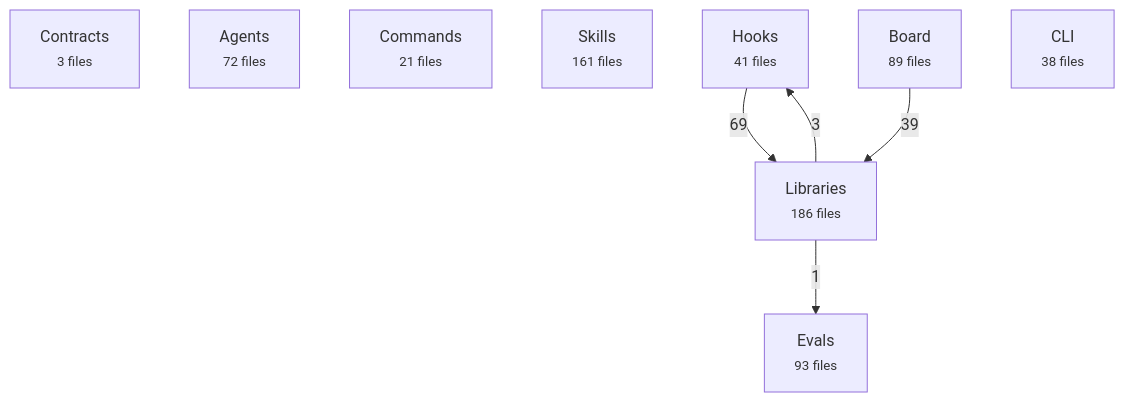
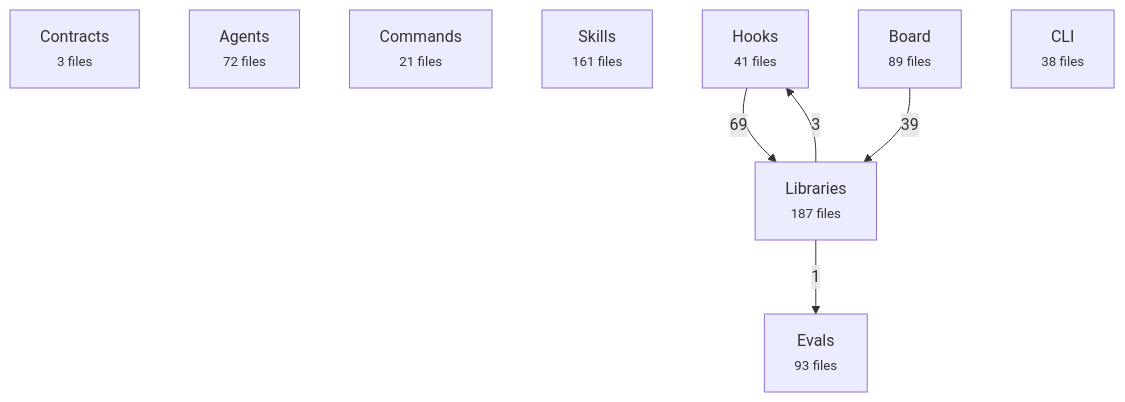
The first of 2 diagrams in docs/reference/architecture-map.md (avelikiy/great_cto), drawn with Mermaid before and after one commit. The commit also changed other lines of this file and 16 other files, not shown here.

````diff
--- a/docs/reference/architecture-map.md
+++ b/docs/reference/architecture-map.md
@@ -20,16 +20,16 @@
 ```mermaid
 flowchart TD
   contracts["Contracts<br/><small>3 files</small>"]
   agents["Agents<br/><small>72 files</small>"]
   commands["Commands<br/><small>21 files</small>"]
   skills["Skills<br/><small>161 files</small>"]
   hooks["Hooks<br/><small>41 files</small>"]
-  libs["Libraries<br/><small>186 files</small>"]
+  libs["Libraries<br/><small>187 files</small>"]
   board["Board<br/><small>89 files</small>"]
   cli["CLI<br/><small>38 files</small>"]
   evals["Evals<br/><small>93 files</small>"]
   hooks -->|69| libs
   board -->|39| libs
   libs -->|3| hooks
   libs -->|1| evals
 ```
````
